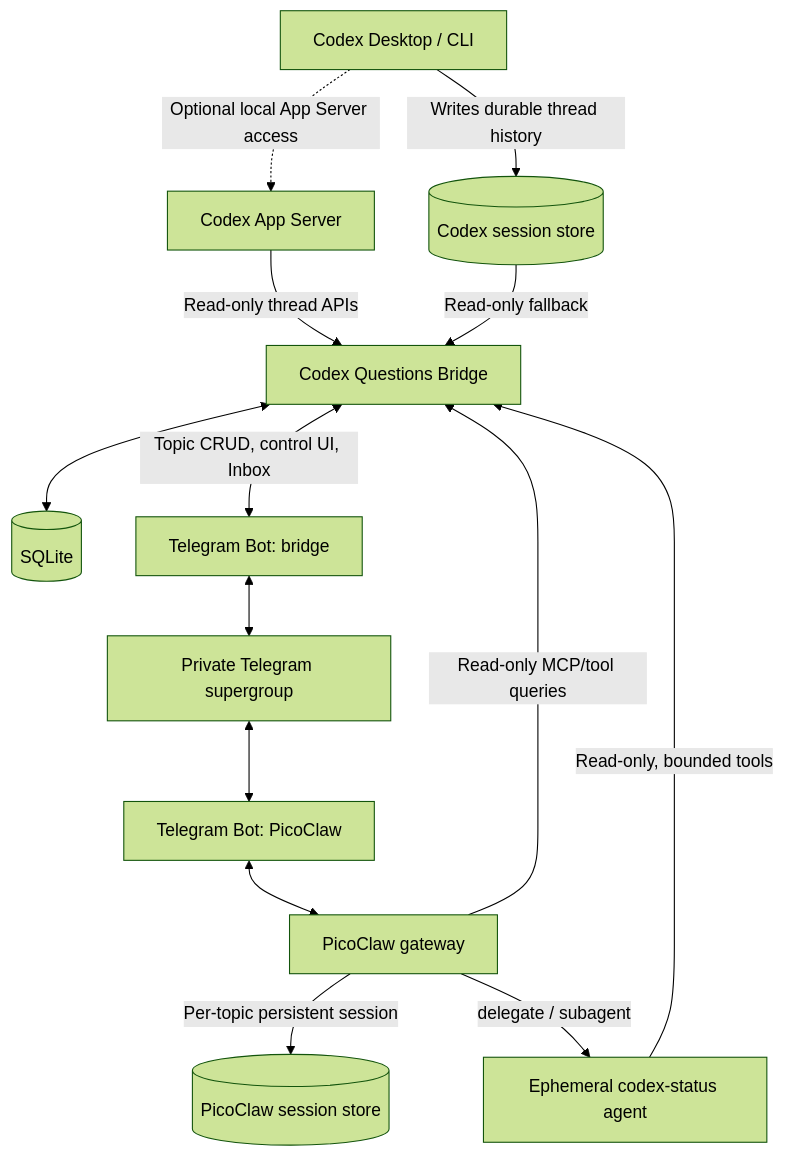
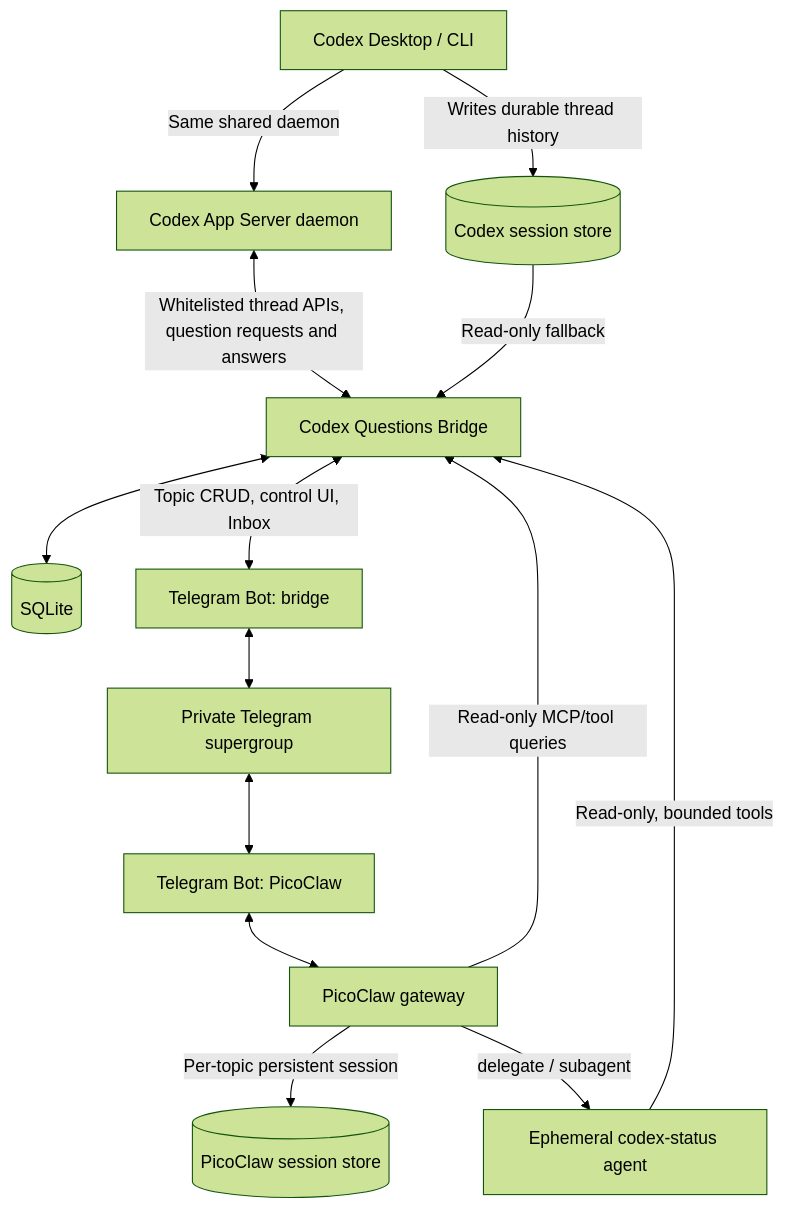
Before and after one commit to todaysday/codex-questions-bridge: the first of 2 diagrams in doc/Codex_Questions_Bridge_Design.md, drawn with Mermaid (forest theme). The commit also changed other lines of this file, not shown here.

First line of the commit message:
Design v0.2: Bridge as client of shared Codex app-server daemon

````diff
--- a/doc/Codex_Questions_Bridge_Design.md
+++ b/doc/Codex_Questions_Bridge_Design.md
@@ -27,16 +27,16 @@
 ```mermaid
 flowchart TD
     CD[Codex Desktop / CLI] -->|Writes durable thread history| STORE[(Codex session store)]
-    CD -.->|Optional local App Server access| AS[Codex App Server]
-    AS -->|Read-only thread APIs| BR
+    CD -->|Same shared daemon| AS[Codex App Server daemon]
+    AS <-->|Whitelisted thread APIs, question requests and answers| BR
     STORE -->|Read-only fallback| BR[Codex Questions Bridge]
     BR <--> DB[(SQLite)]
     BR <-->|Topic CRUD, control UI, Inbox| TB[Telegram Bot: bridge]
     TB <--> TG[Private Telegram supergroup]
     TG <--> PB[Telegram Bot: PicoClaw]
     PB <--> PC[PicoClaw gateway]
     PC -->|Per-topic persistent session| PS[(PicoClaw session store)]
     PC -->|Read-only MCP/tool queries| BR
     PC -->|delegate / subagent| SA[Ephemeral codex-status agent]
     SA -->|Read-only, bounded tools| BR
 ```
````
